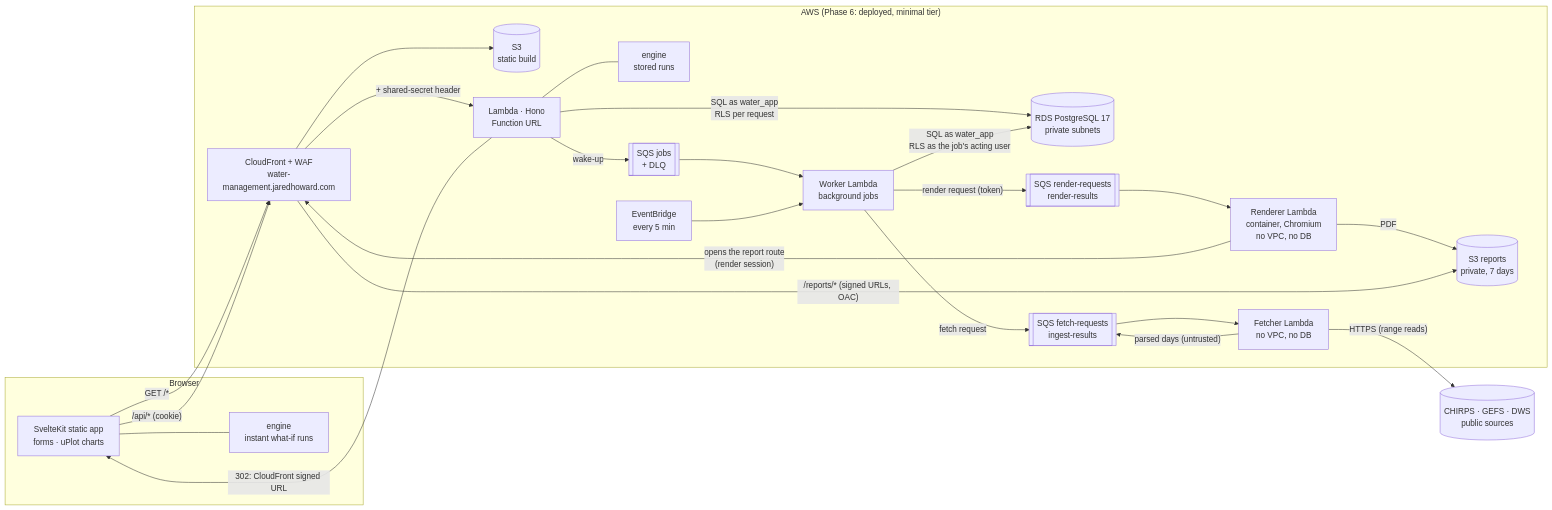
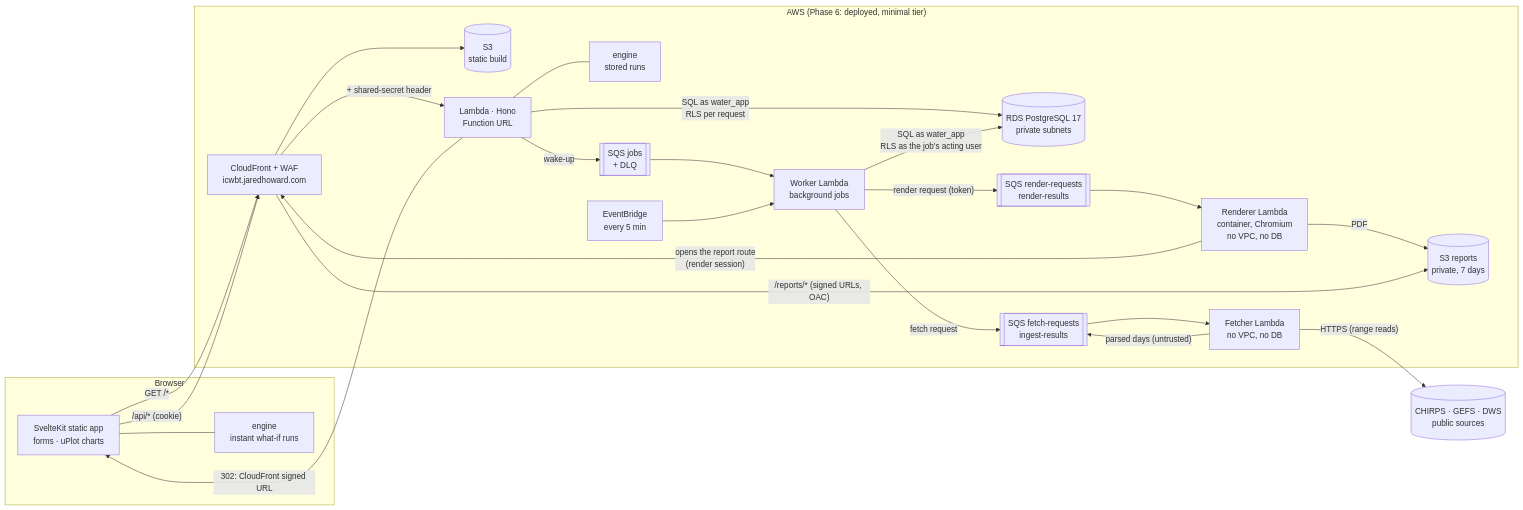
Before and after one commit to Absence0760/project-water-management: the first of 4 diagrams in docs/architecture.md, drawn with Mermaid. The commit also changed 22 other files, not shown here.

First line of the commit message:
feat(infra): move the site to icwbt.jaredhoward.com, the old hostname redirecting (#551)

````diff
--- a/docs/architecture.md
+++ b/docs/architecture.md
@@ -10,41 +10,41 @@
 ```mermaid
 flowchart LR
   subgraph Browser
     UI[SvelteKit static app<br/>forms · uPlot charts]
     EB[engine<br/>instant what-if runs]
     UI --- EB
   end
 
   subgraph AWS["AWS (Phase 6: deployed, minimal tier)"]
-    CF[CloudFront + WAF<br/>water-management.jaredhoward.com]
+    CF[CloudFront + WAF<br/>icwbt.jaredhoward.com]
     S3[(S3<br/>static build)]
     L[Lambda · Hono<br/>Function URL]
     EL[engine<br/>stored runs]
     DB[(RDS PostgreSQL 17<br/>private subnets)]
     Q[[SQS jobs<br/>+ DLQ]]
     T[EventBridge<br/>every 5 min]
     W[Worker Lambda<br/>background jobs]
     FQ[[SQS fetch-requests<br/>ingest-results]]
     FL[Fetcher Lambda<br/>no VPC, no DB]
     RQ[[SQS render-requests<br/>render-results]]
     RL[Renderer Lambda<br/>container, Chromium<br/>no VPC, no DB]
     RB[(S3 reports<br/>private, 7 days)]
     L --- EL
   end
   SRC[(CHIRPS · GEFS · DWS<br/>public sources)]
 
   UI -- "GET /*" --> CF --> S3
   UI -- "/api/* (cookie)" --> CF -- "+ shared-secret header" --> L
   L -- "SQL as water_app<br/>RLS per request" --> DB
   L -- "wake-up" --> Q --> W
   T --> W
   W -- "SQL as water_app<br/>RLS as the job's acting user" --> DB
   W -- "fetch request" --> FQ --> FL
   FL -- "HTTPS (range reads)" --> SRC
   FL -- "parsed days (untrusted)" --> FQ
   W -- "render request (token)" --> RQ --> RL
   RL -- "opens the report route<br/>(render session)" --> CF
   RL -- "PDF" --> RB
   L -- "302: CloudFront signed URL" --> UI
   CF -- "/reports/* (signed URLs, OAC)" --> RB
 ```
````
